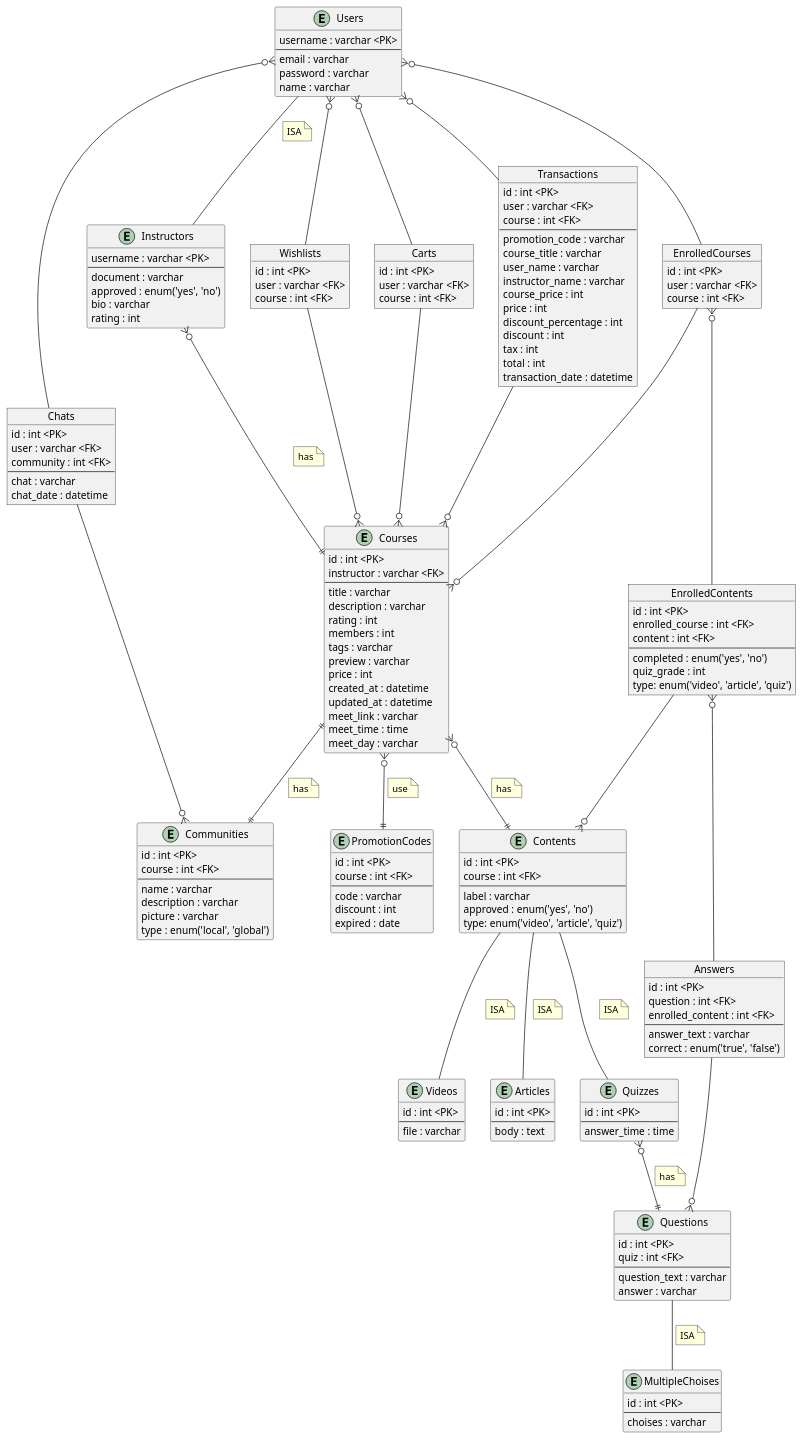
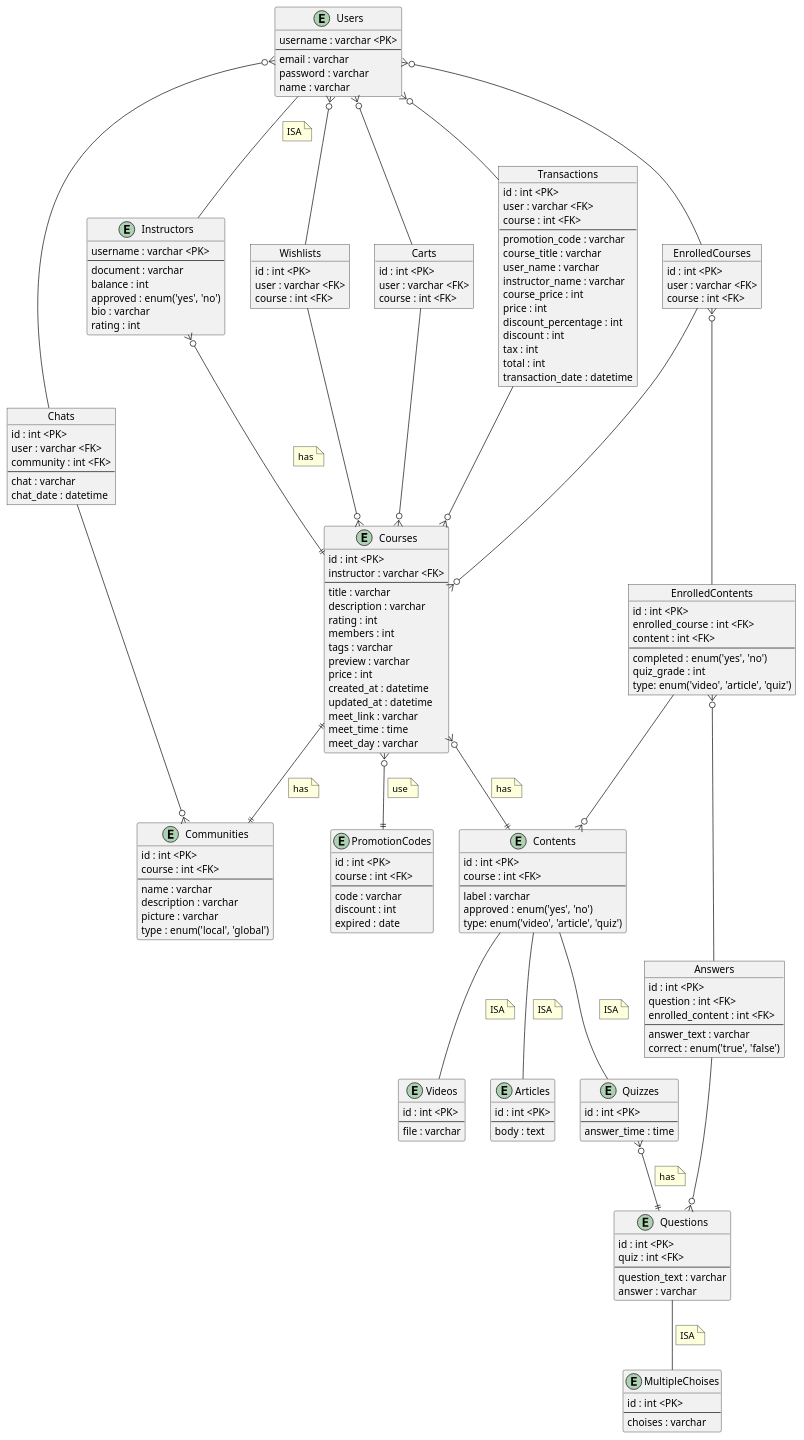
The diagram in docs/diagrams/entity-relationship.puml (iqmalakur/LearNteach), drawn with PlantUML before and after one commit. The commit also changed 3 other files, not shown here.

```diff
--- a/docs/diagrams/entity-relationship.puml
+++ b/docs/diagrams/entity-relationship.puml
@@ -30,6 +30,7 @@
     username : varchar <PK>
     --
     document : varchar
+    balance : int
     approved : enum('yes', 'no')
     bio : varchar
     rating : int
```
